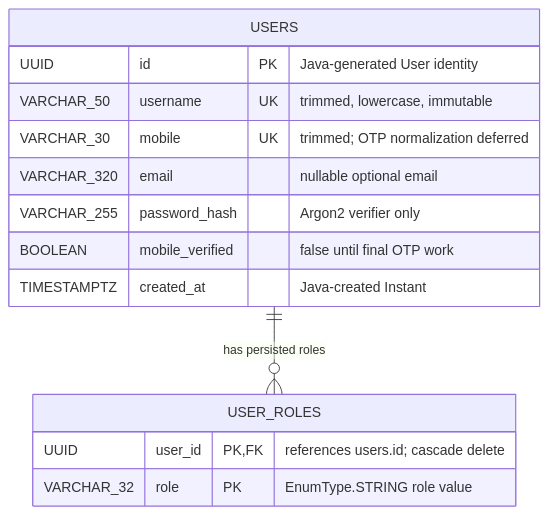
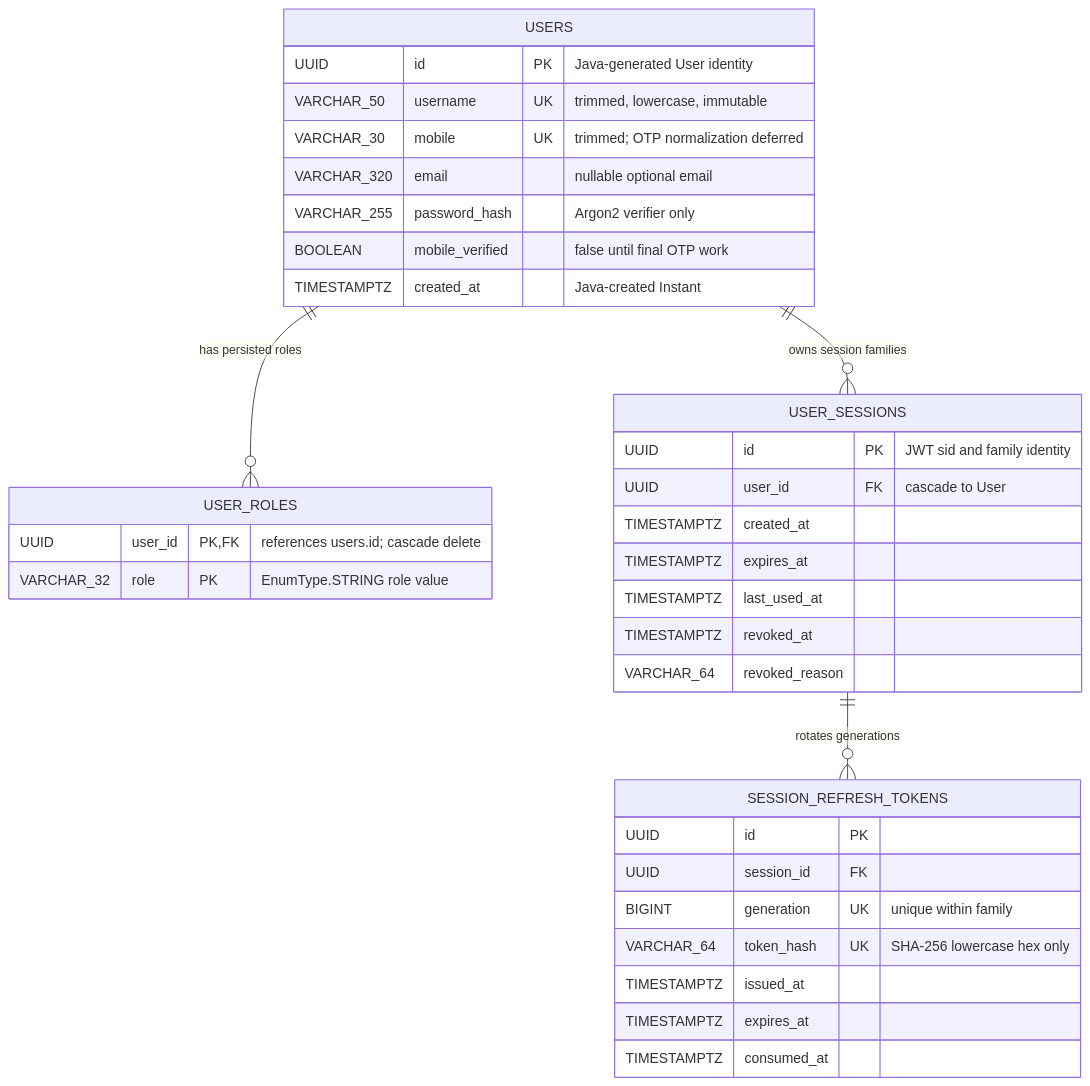
The first of 2 diagrams in backend/docs/db-architecture.md (n-saakib/medi-wish-bd), drawn with Mermaid before and after one commit. The commit also changed other lines of this file and 109 other files, not shown here.

Commit message:
Implement JWT session authentication

````diff
--- a/backend/docs/db-architecture.md
+++ b/backend/docs/db-architecture.md
@@ -16,19 +16,41 @@
 ```mermaid
 erDiagram
     USERS ||--o{ USER_ROLES : "has persisted roles"
+    USERS ||--o{ USER_SESSIONS : "owns session families"
+    USER_SESSIONS ||--o{ SESSION_REFRESH_TOKENS : "rotates generations"
 
     USERS {
         UUID id PK "Java-generated User identity"
         VARCHAR_50 username UK "trimmed, lowercase, immutable"
         VARCHAR_30 mobile UK "trimmed; OTP normalization deferred"
         VARCHAR_320 email "nullable optional email"
         VARCHAR_255 password_hash "Argon2 verifier only"
         BOOLEAN mobile_verified "false until final OTP work"
         TIMESTAMPTZ created_at "Java-created Instant"
     }
 
     USER_ROLES {
         UUID user_id PK, FK "references users.id; cascade delete"
         VARCHAR_32 role PK "EnumType.STRING role value"
     }
+
+    USER_SESSIONS {
+        UUID id PK "JWT sid and family identity"
+        UUID user_id FK "cascade to User"
+        TIMESTAMPTZ created_at
+        TIMESTAMPTZ expires_at
+        TIMESTAMPTZ last_used_at
+        TIMESTAMPTZ revoked_at
+        VARCHAR_64 revoked_reason
+    }
+
+    SESSION_REFRESH_TOKENS {
+        UUID id PK
+        UUID session_id FK
+        BIGINT generation UK "unique within family"
+        VARCHAR_64 token_hash UK "SHA-256 lowercase hex only"
+        TIMESTAMPTZ issued_at
+        TIMESTAMPTZ expires_at
+        TIMESTAMPTZ consumed_at
+    }
 ```
````
